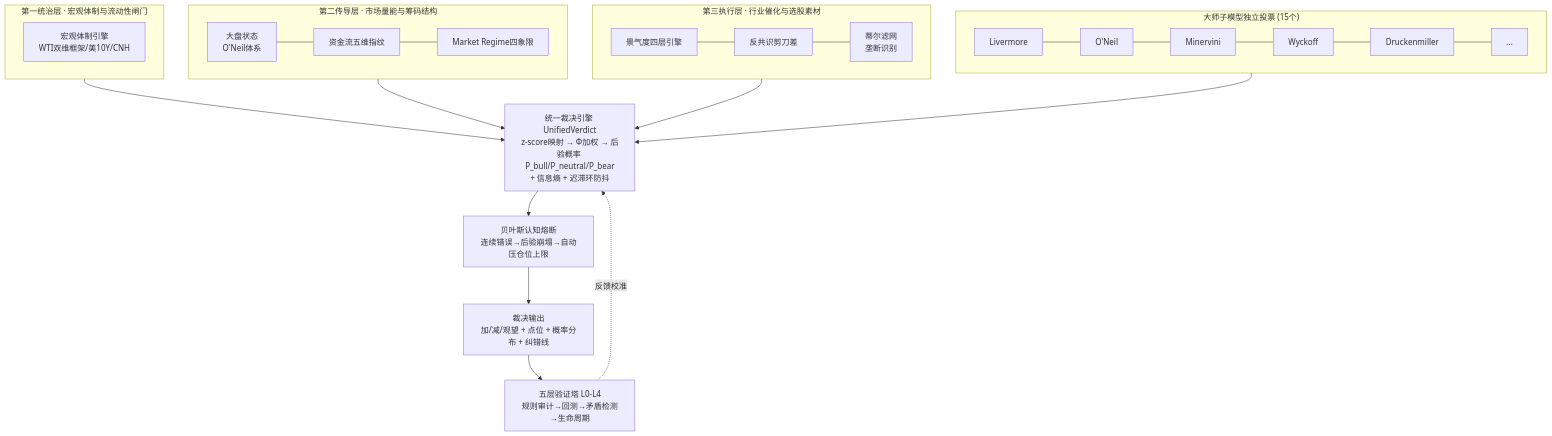
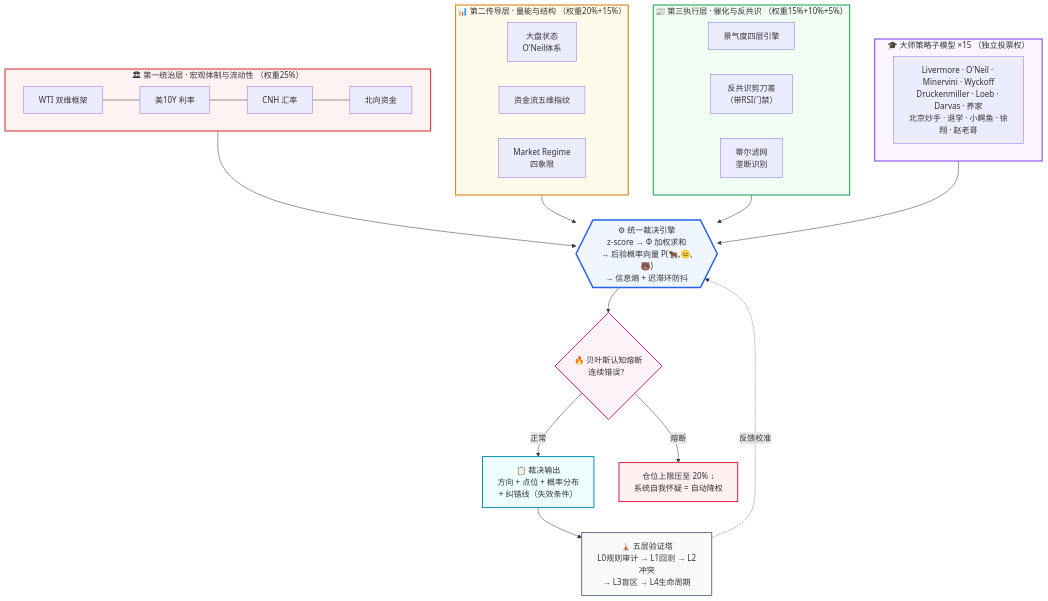
Before and after one commit to ZHENchenghao/tianyan-stock-multiagent: the second of 3 diagrams in README.md, drawn with Mermaid. The commit also changed other lines of this file, not shown here.

Commit message:
升级可视化: 信息管道+架构+工作流三张图+仓库简介

````diff
--- a/README.md
+++ b/README.md
@@ -44,24 +57,53 @@
 ```mermaid
-flowchart TB
-    subgraph L1["第一统治层 · 宏观体制与流动性闸门"]
-        M[宏观体制引擎<br/>WTI双维框架/美10Y/CNH]
+graph TB
+    subgraph TIER1["🏛 第一统治层 · 宏观体制与流动性 （权重25%）"]
+        direction LR
+        M1["WTI 双维框架"] --- M2["美10Y 利率"]
+        M2 --- M3["CNH 汇率"]
+        M3 --- M4["北向资金"]
     end
-    subgraph L2["第二传导层 · 市场量能与筹码结构"]
-        MK[大盘状态<br/>O'Neil体系] --- CF[资金流五维指纹] --- RG[Market Regime四象限]
+
+    subgraph TIER2["📊 第二传导层 · 量能与结构 （权重20%+15%）"]
+        direction LR
+        T2A["大盘状态<br/>O'Neil体系"]
+        T2B["资金流五维指纹"]
+        T2C["Market Regime<br/>四象限"]
     end
-    subgraph L3["第三执行层 · 行业催化与选股素材"]
-        P[景气度四层引擎] --- AC[反共识剪刀差] --- TF[蒂尔滤网<br/>垄断识别]
+
+    subgraph TIER3["📰 第三执行层 · 催化与反共识 （权重15%+10%+5%）"]
+        direction LR
+        T3A["景气度四层引擎"]
+        T3B["反共识剪刀差<br/>（带RSI门禁）"]
+        T3C["蒂尔滤网<br/>垄断识别"]
     end
-    subgraph SUB["大师子模型独立投票 (15个)"]
-        S1[Livermore] --- S2[O'Neil] --- S3[Minervini] --- S4[Wyckoff] --- S5[Druckenmiller] --- S6[...]
+
+    subgraph MASTERS["🎓 大师策略子模型 ×15 （独立投票权）"]
+        direction LR
+        S["Livermore · O'Neil · Minervini · Wyckoff<br/>Druckenmiller · Loeb · Darvas · 养家<br/>北京炒手 · 退学 · 小鳄鱼 · 徐翔 · 赵老哥"]
     end
-    L1 --> UV
-    L2 --> UV
-    L3 --> UV
-    SUB --> UV
-    UV[统一裁决引擎 UnifiedVerdict<br/>z-score映射 → Φ加权 → 后验概率 P_bull/P_neutral/P_bear<br/>+ 信息熵 + 迟滞环防抖]
-    UV --> FB[贝叶斯认知熔断<br/>连续错误→后验崩塌→自动压仓位上限]
-    FB --> OUT[裁决输出<br/>加/减/观望 + 点位 + 概率分布 + 纠错线]
-    OUT --> VT[五层验证塔 L0-L4<br/>规则审计→回测→矛盾检测→生命周期]
-    VT -.反馈校准.-> UV
+
+    TIER1 --> ENGINE
+    TIER2 --> ENGINE
+    TIER3 --> ENGINE
+    MASTERS --> ENGINE
+
+    ENGINE{{"⚙ 统一裁决引擎<br/>z-score → Φ 加权求和<br/>→ 后验概率向量 P(🐂,😐,🐻)<br/>→ 信息熵 + 迟滞环防抖"}}
+
+    ENGINE --> FUSE{"🔥 贝叶斯认知熔断<br/>连续错误？"}
+    FUSE -->|"正常"| OUTPUT
+    FUSE -->|"熔断"| CAP["仓位上限压至 20% ↓<br/>系统自我怀疑 = 自动降权"]
+
+    OUTPUT["📋 裁决输出<br/>方向 + 点位 + 概率分布<br/>+ 纠错线（失效条件）"]
+    OUTPUT --> TOWER["🗼 五层验证塔<br/>L0规则审计 → L1回测 → L2冲突<br/>→ L3盲区 → L4生命周期"]
+    TOWER -.->|"反馈校准"| ENGINE
+
+    style TIER1 fill:#fef2f2,stroke:#dc2626,stroke-width:2px
+    style TIER2 fill:#fffbeb,stroke:#d97706,stroke-width:2px
+    style TIER3 fill:#f0fdf4,stroke:#16a34a,stroke-width:2px
+    style MASTERS fill:#faf5ff,stroke:#7c3aed,stroke-width:2px
+    style ENGINE fill:#eff6ff,stroke:#2563eb,stroke-width:3px
+    style FUSE fill:#fdf2f8,stroke:#db2777,stroke-width:2px
+    style OUTPUT fill:#ecfeff,stroke:#0891b2,stroke-width:2px
+    style CAP fill:#fff1f2,stroke:#e11d48,stroke-width:2px
+    style TOWER fill:#f8fafc,stroke:#64748b,stroke-width:2px
 ```
````
